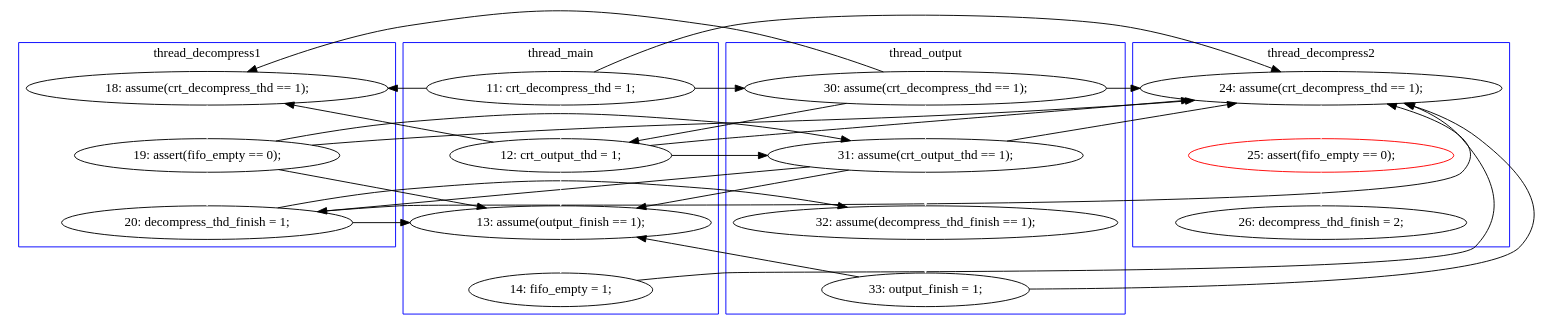
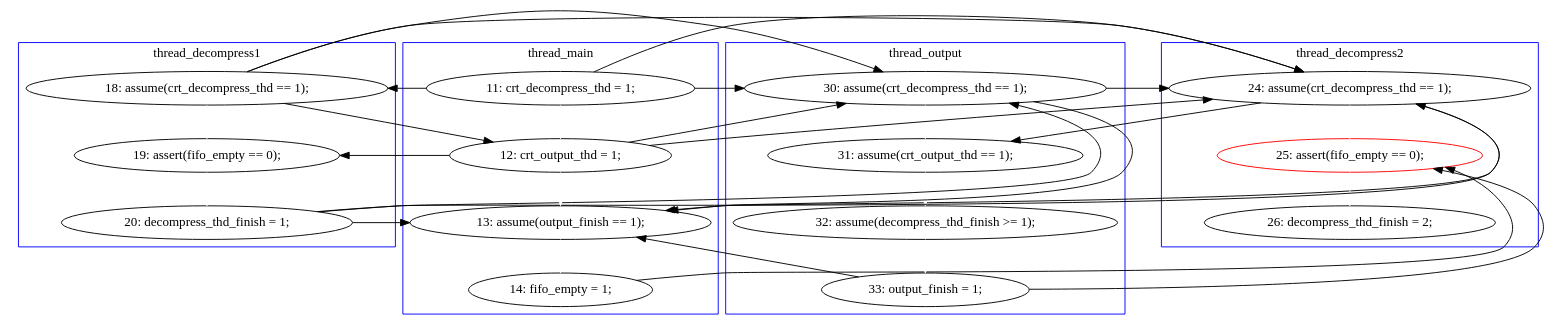
Before and after one commit to hylhp/cav14-model: the diagram in pbzip2.mixed/B-1-graph-begin.dot, drawn with Graphviz. The commit also changed 25 other files, not shown here.

```diff
--- a/pbzip2.mixed/B-1-graph-begin.dot
+++ b/pbzip2.mixed/B-1-graph-begin.dot
@@ -1,63 +1,61 @@
 digraph Counterexample {
-	22 -> 23 [color = black, style = solid, constraint = false]
-	18 -> 21 [color = black, style = solid, constraint = false]
+	12 -> 14 [color = white, style = solid]
+	20 -> 30 [color = white, style = solid]
 	20 -> 21 [color = black, style = solid, constraint = false]
-	11 -> 17 [color = white, style = solid]
 	11 -> 12 [color = black, style = solid, constraint = false]
-	20 -> 23 [color = black, style = solid, constraint = false]
-	17 -> 23 [color = black, style = solid, constraint = false]
-	17 -> 19 [color = white, style = solid]
-	19 -> 20 [color = white, style = solid]
-	9 -> 11 [color = black, style = solid, constraint = false]
-	16 -> 18 [color = white, style = solid]
-	17 -> 21 [color = black, style = solid, constraint = false]
-	18 -> 23 [color = black, style = solid, constraint = false]
-	16 -> 17 [color = black, style = solid, constraint = false]
-	17 -> 18 [color = black, style = solid, constraint = false]
-	23 -> 25 [color = white, style = solid]
-	9 -> 23 [color = black, style = solid, constraint = false]
-	16 -> 21 [color = black, style = solid, constraint = false]
-	25 -> 28 [color = white, style = solid]
-	12 -> 17 [color = black, style = solid, constraint = false]
-	12 -> 23 [color = black, style = solid, constraint = false]
-	14 -> 16 [color = white, style = solid]
-	9 -> 12 [color = white, style = solid]
-	12 -> 14 [color = black, style = solid, constraint = false]
+	26 -> 28 [color = white, style = solid]
+	28 -> 30 [color = black, style = solid, constraint = false]
+	15 -> 18 [color = black, style = solid, constraint = false]
+	13 -> 18 [color = black, style = solid, constraint = false]
+	30 -> 32 [color = white, style = solid]
+	12 -> 13 [color = black, style = solid, constraint = false]
+	13 -> 14 [color = black, style = solid, constraint = false]
+	20 -> 26 [color = black, style = solid, constraint = false]
+	13 -> 20 [color = black, style = solid, constraint = false]
+	18 -> 21 [color = white, style = solid]
+	11 -> 18 [color = black, style = solid, constraint = false]
+	12 -> 20 [color = black, style = solid, constraint = false]
+	15 -> 26 [color = black, style = solid, constraint = false]
+	23 -> 26 [color = black, style = solid, constraint = false]
+	15 -> 20 [color = black, style = solid, constraint = false]
+	22 -> 23 [color = white, style = solid]
+	14 -> 15 [color = white, style = solid]
+	18 -> 26 [color = black, style = solid, constraint = false]
 	21 -> 22 [color = white, style = solid]
-	9 -> 14 [color = black, style = solid, constraint = false]
-	11 -> 14 [color = black, style = solid, constraint = false]
-	11 -> 23 [color = black, style = solid, constraint = false]
-	12 -> 21 [color = white, style = solid]
-	18 -> 19 [color = black, style = solid, constraint = false]
-	16 -> 23 [color = black, style = solid, constraint = false]
-	subgraph cluster3 {
-		label = thread_decompress2
-		color = blue
-		23  [label = "24: assume(crt_decompress_thd == 1);"]
-		25  [label = "25: assert(fifo_empty == 0);", color = red]
-		28  [label = "26: decompress_thd_finish = 2;"]
-	}
+	23 -> 30 [color = black, style = solid, constraint = false]
+	13 -> 26 [color = white, style = solid]
+	18 -> 20 [color = black, style = solid, constraint = false]
+	11 -> 20 [color = black, style = solid, constraint = false]
+	11 -> 13 [color = white, style = solid]
+	12 -> 18 [color = black, style = solid, constraint = false]
 	subgraph cluster2 {
 		label = thread_decompress1
 		color = blue
-		18  [label = "20: decompress_thd_finish = 1;"]
-		14  [label = "18: assume(crt_decompress_thd == 1);"]
-		16  [label = "19: assert(fifo_empty == 0);"]
+		12  [label = "18: assume(crt_decompress_thd == 1);"]
+		14  [label = "19: assert(fifo_empty == 0);"]
+		15  [label = "20: decompress_thd_finish = 1;"]
 	}
 	subgraph cluster4 {
 		label = thread_output
 		color = blue
-		19  [label = "32: assume(decompress_thd_finish == 1);"]
-		17  [label = "31: assume(crt_output_thd == 1);"]
-		11  [label = "30: assume(crt_decompress_thd == 1);"]
-		20  [label = "33: output_finish = 1;"]
+		23  [label = "33: output_finish = 1;"]
+		22  [label = "32: assume(decompress_thd_finish >= 1);"]
+		18  [label = "30: assume(crt_decompress_thd == 1);"]
+		21  [label = "31: assume(crt_output_thd == 1);"]
+	}
+	subgraph cluster3 {
+		label = thread_decompress2
+		color = blue
+		20  [label = "24: assume(crt_decompress_thd == 1);"]
+		30  [label = "25: assert(fifo_empty == 0);", color = red]
+		32  [label = "26: decompress_thd_finish = 2;"]
 	}
 	subgraph cluster1 {
 		label = thread_main
 		color = blue
-		21  [label = "13: assume(output_finish == 1);"]
-		22  [label = "14: fifo_empty = 1;"]
-		9  [label = "11: crt_decompress_thd = 1;"]
-		12  [label = "12: crt_output_thd = 1;"]
+		11  [label = "11: crt_decompress_thd = 1;"]
+		13  [label = "12: crt_output_thd = 1;"]
+		26  [label = "13: assume(output_finish == 1);"]
+		28  [label = "14: fifo_empty = 1;"]
 	}
 }
```
